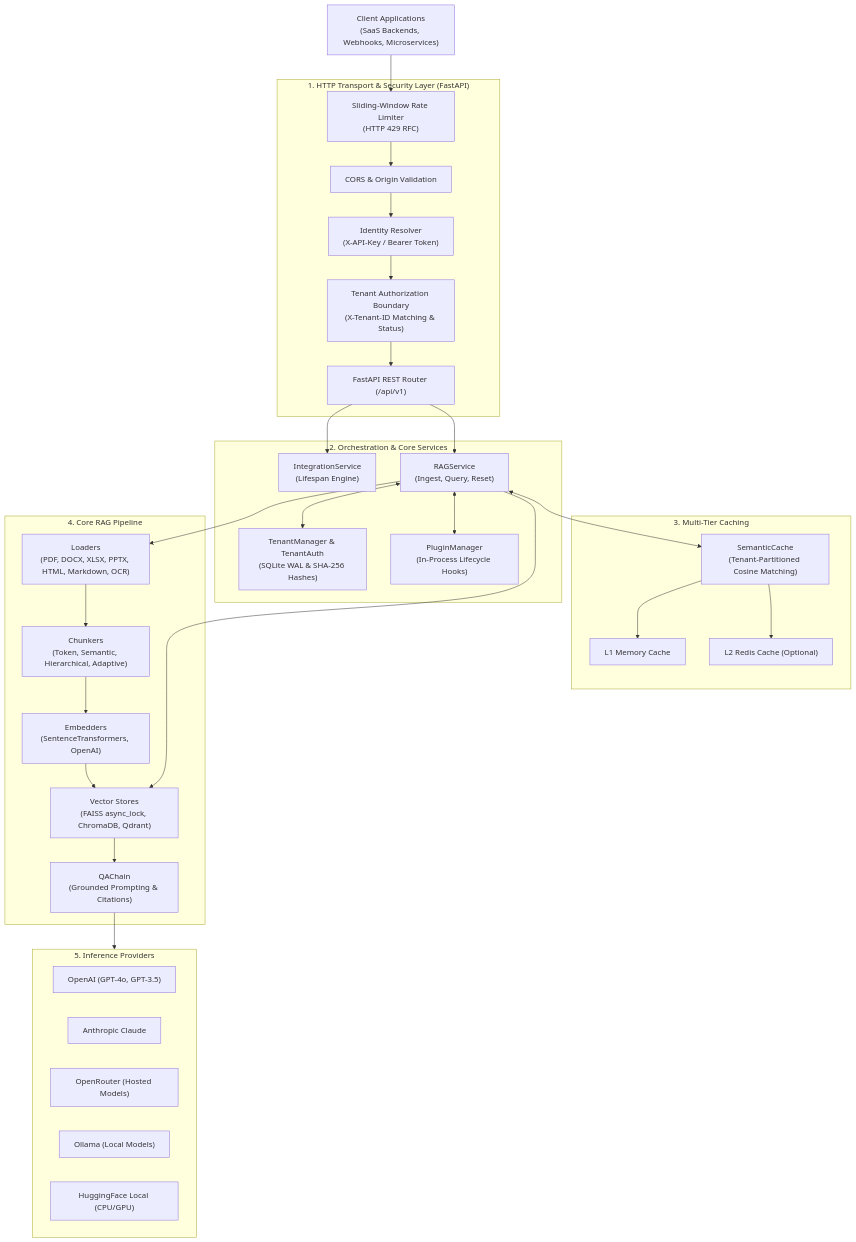
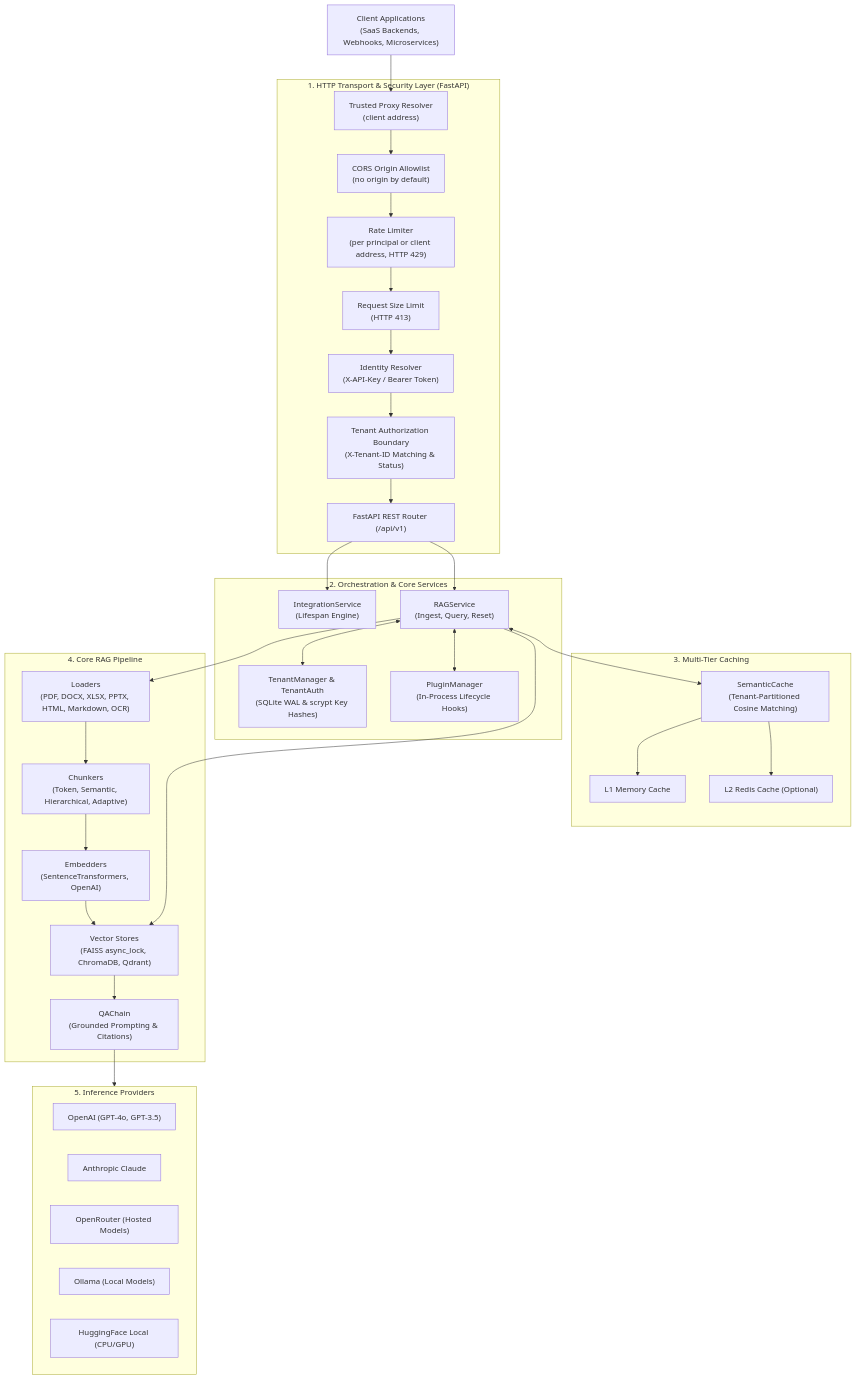
The diagram in README.md (dibbed/tenant-rag), drawn with Mermaid before and after one commit. The commit also changed other lines of this file and 10 other files, not shown here.

````diff
--- a/README.md
+++ b/README.md
@@ -130,54 +130,56 @@
 ```mermaid
 flowchart TD
     Client["Client Applications<br/>(SaaS Backends, Webhooks, Microservices)"]
 
     subgraph Transport ["1. HTTP Transport & Security Layer (FastAPI)"]
-        RL["Sliding-Window Rate Limiter<br/>(HTTP 429 RFC)"]
-        CORS["CORS & Origin Validation"]
+        RL["Rate Limiter<br/>(per principal or client address, HTTP 429)"]
+        BodyLimit["Request Size Limit<br/>(HTTP 413)"]
+        Proxy["Trusted Proxy Resolver<br/>(client address)"]
+        CORS["CORS Origin Allowlist<br/>(no origin by default)"]
         AuthResolver["Identity Resolver<br/>(X-API-Key / Bearer Token)"]
         TenantBoundary["Tenant Authorization Boundary<br/>(X-Tenant-ID Matching & Status)"]
         APIRouter["FastAPI REST Router (/api/v1)"]
     end
 
     subgraph ServiceLayer ["2. Orchestration & Core Services"]
         IntService["IntegrationService<br/>(Lifespan Engine)"]
         RAGService["RAGService<br/>(Ingest, Query, Reset)"]
-        TenantMgr["TenantManager & TenantAuth<br/>(SQLite WAL & SHA-256 Hashes)"]
+        TenantMgr["TenantManager & TenantAuth<br/>(SQLite WAL & scrypt Key Hashes)"]
         PluginMgr["PluginManager<br/>(In-Process Lifecycle Hooks)"]
     end
 
     subgraph CacheSystem ["3. Multi-Tier Caching"]
         SemanticCache["SemanticCache<br/>(Tenant-Partitioned Cosine Matching)"]
         L1Cache["L1 Memory Cache"]
         L2Cache["L2 Redis Cache (Optional)"]
     end
 
     subgraph RAGCore ["4. Core RAG Pipeline"]
         Loaders["Loaders<br/>(PDF, DOCX, XLSX, PPTX, HTML, Markdown, OCR)"]
         Chunkers["Chunkers<br/>(Token, Semantic, Hierarchical, Adaptive)"]
         Embedders["Embedders<br/>(SentenceTransformers, OpenAI)"]
         Stores["Vector Stores<br/>(FAISS async_lock, ChromaDB, Qdrant)"]
         QAChain["QAChain<br/>(Grounded Prompting & Citations)"]
     end
 
     subgraph Providers ["5. Inference Providers"]
         OpenAI["OpenAI (GPT-4o, GPT-3.5)"]
         Claude["Anthropic Claude"]
         OpenRouter["OpenRouter (Hosted Models)"]
         Ollama["Ollama (Local Models)"]
         HFLocal["HuggingFace Local (CPU/GPU)"]
     end
 
-    Client --> RL --> CORS --> AuthResolver --> TenantBoundary --> APIRouter
+    Client --> Proxy --> CORS --> RL --> BodyLimit --> AuthResolver --> TenantBoundary --> APIRouter
     APIRouter --> IntService
     APIRouter --> RAGService
 
     RAGService <--> PluginMgr
     RAGService <--> TenantMgr
     RAGService <--> SemanticCache
 
     RAGService --> Loaders --> Chunkers --> Embedders --> Stores
     RAGService --> Stores --> QAChain --> Providers
     SemanticCache --> L1Cache
     SemanticCache --> L2Cache
 ```
````
